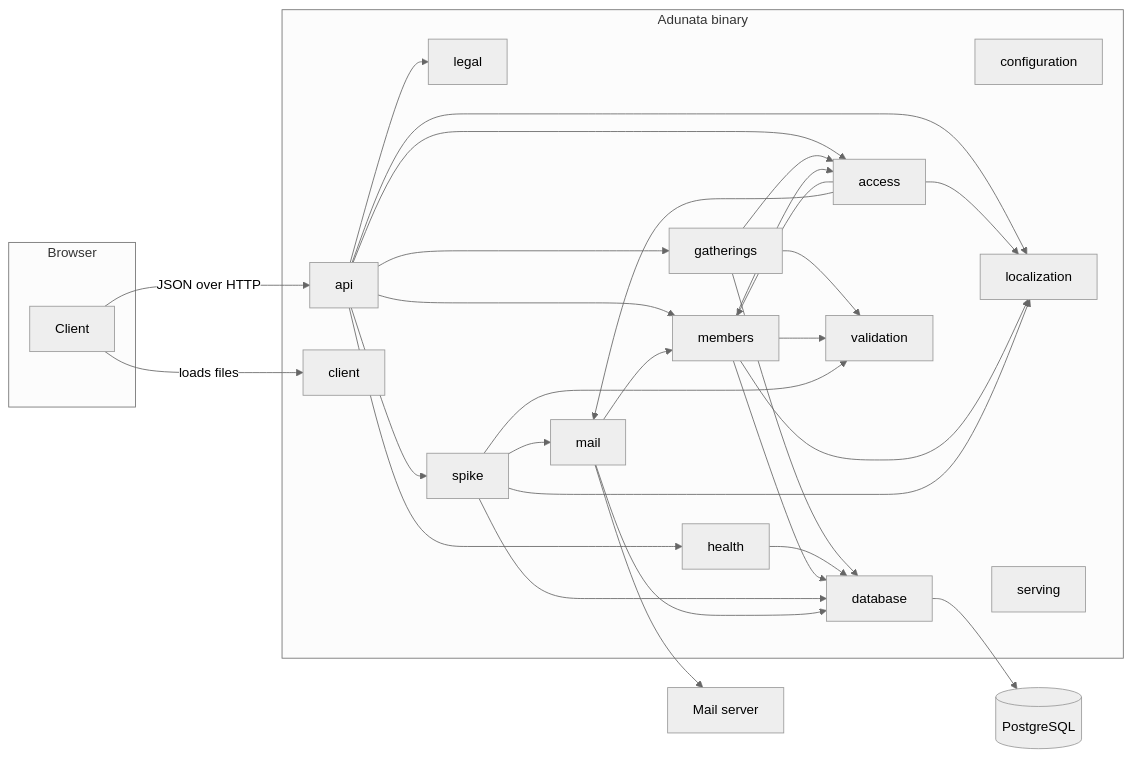
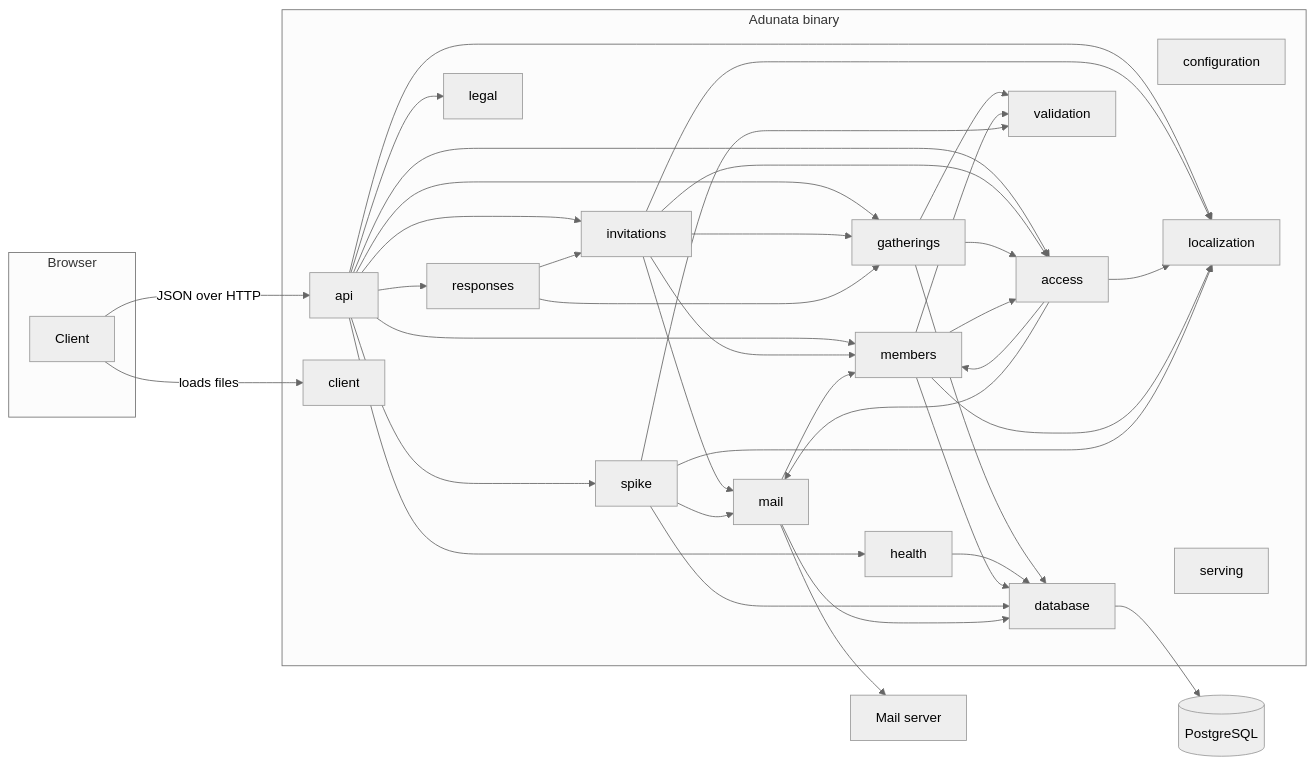
The diagram in docs/arc42/05-building-block-view.md (kammerchor-wernigerode/adunata), drawn with Mermaid (neutral theme) before and after one commit. The commit also changed other lines of this file and 8 other files, not shown here.

````diff
--- a/docs/arc42/05-building-block-view.md
+++ b/docs/arc42/05-building-block-view.md
@@ -7,50 +7,61 @@
 ```mermaid
 flowchart LR
   subgraph browser[Browser]
     client[Client]
   end
   subgraph binary[Adunata binary]
     access[access]
     api[api]
     clientModule[client]
     configuration[configuration]
     database[database]
     gatherings[gatherings]
     health[health]
+    invitations[invitations]
+    responses[responses]
     legal[legal]
     localization[localization]
     mail[mail]
     members[members]
     spike[spike]
     serving[serving]
     validation[validation]
   end
   client -- JSON over HTTP --> api
   client -- loads files --> clientModule
   api --> spike
   api --> localization
   api --> health
   api --> legal
   api --> members
   api --> access
   api --> gatherings
+  api --> invitations
+  api --> responses
+  invitations --> members
+  invitations --> gatherings
+  invitations --> mail
+  invitations --> localization
+  invitations --> access
+  responses --> invitations
+  responses --> gatherings
   gatherings --> access
   gatherings --> database
   gatherings --> validation
   access --> members
   access --> mail
   access --> localization
   members --> access
   health --> database
   members --> database
   members --> localization
   members --> validation
   spike --> validation
   mail --> members
   spike --> database
   spike --> mail
   spike --> localization
   mail --> database
   database --> postgres[(PostgreSQL)]
   mail --> smtp[Mail server]
 ```
````
